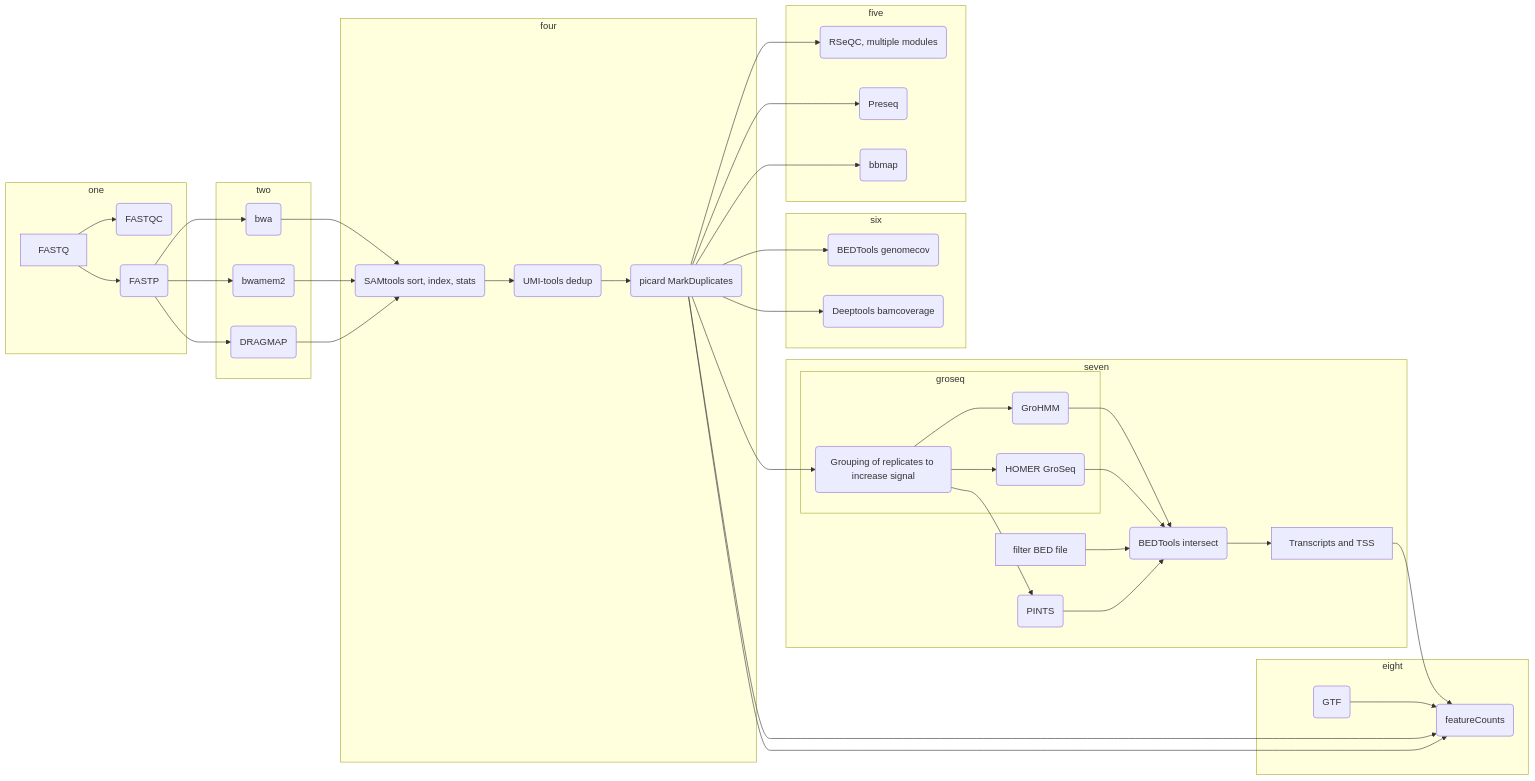
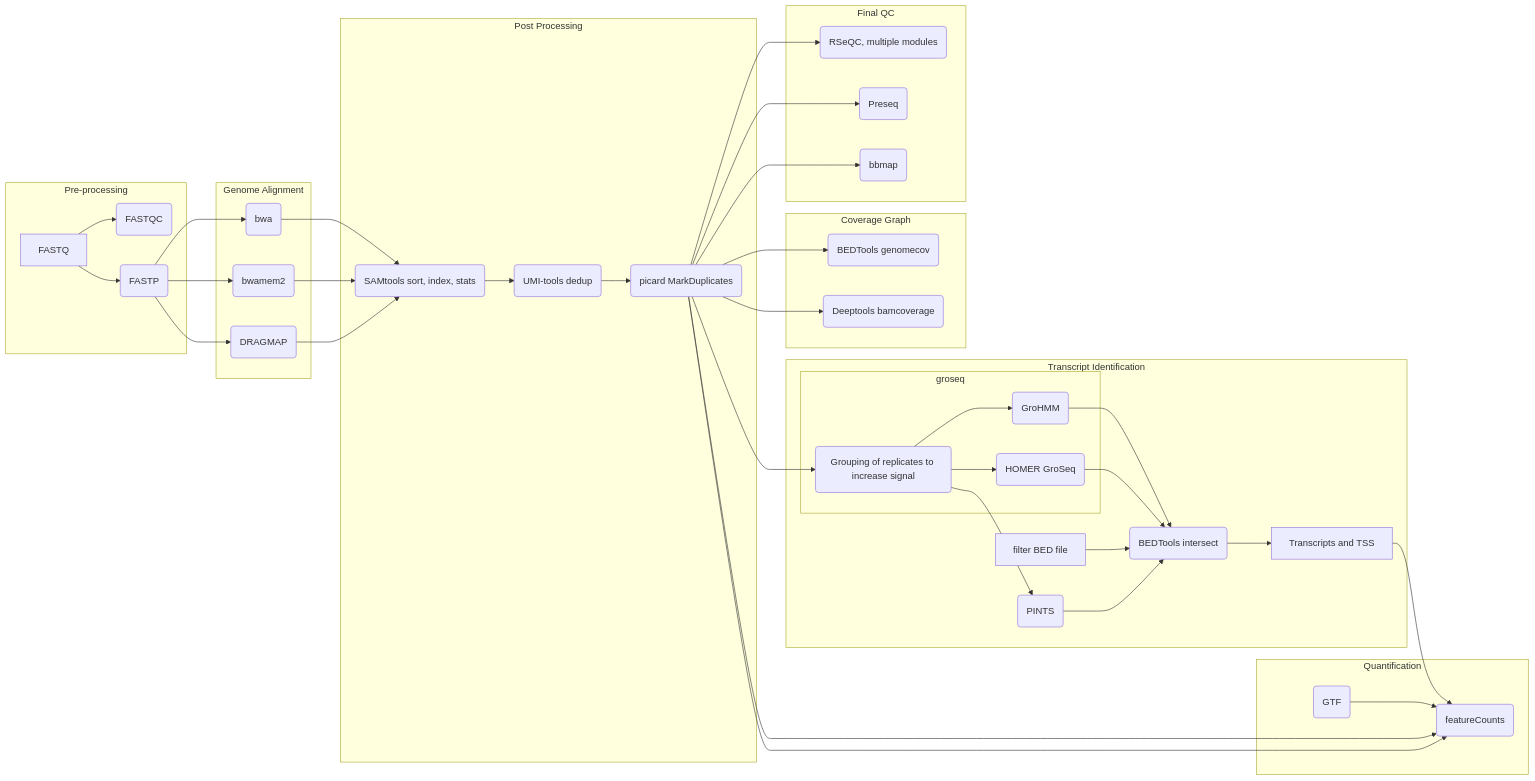
Before and after one commit to nf-core/nascent: the diagram in docs/metro_map.mmd, drawn with Mermaid.

Commit message:
docs(mermaid): Swap names and comments

```diff
--- a/docs/metro_map.mmd
+++ b/docs/metro_map.mmd
@@ -1,45 +1,45 @@
 graph LR
-    subgraph one
-        %% Pre-processing
+    subgraph Pre-processing
+        %% one
         A[FASTQ] --> B(FASTQC)
         A --> C(FASTP)
     end
-    subgraph two
-        %% Genome Alignment
+    subgraph Genome Alignment
+        %% two
         C --> D(bwa)
         C --> E(bwamem2)
         C --> F(DRAGMAP)
     end
-    subgraph four
-        %% Post Processing
+    subgraph Post Processing
+        %% four
         D & E & F --> G(SAMtools sort, index, stats)
         G --> H(UMI-tools dedup) --> I(picard MarkDuplicates)
     end
-    subgraph five
-        %% Final QC
+    subgraph Final QC
+        %% five
         I --> J(RSeQC, multiple modules)
         I --> K(Preseq)
         I --> L(bbmap)
     end
-    subgraph six
-        %% Coverage Graph
+    subgraph Coverage Graph
+        %% six
         I --> M(BEDTools genomecov)
         I --> N(Deeptools bamcoverage)
     end
-    subgraph seven
-        %% Transcript Identification
+    subgraph Transcript Identification
+        %% seven
         I --> O(Grouping of replicates to increase signal)
         subgraph groseq
             O --> P(GroHMM)
             O --> Q(HOMER GroSeq)
         end
         O --> R(PINTS)
         bed[filter BED file] --> S(BEDTools intersect)
         P & Q & R --> S --> T[Transcripts and TSS]
     end
-    subgraph eight
-        %% Quantification
+    subgraph Quantification
+        %% eight
         I & T --> U(featureCounts)
         I & genes(GTF) --> U(featureCounts)
     end
     %% B & G & J & K & L & P & Q & U --> Z(MultiQC)
```
